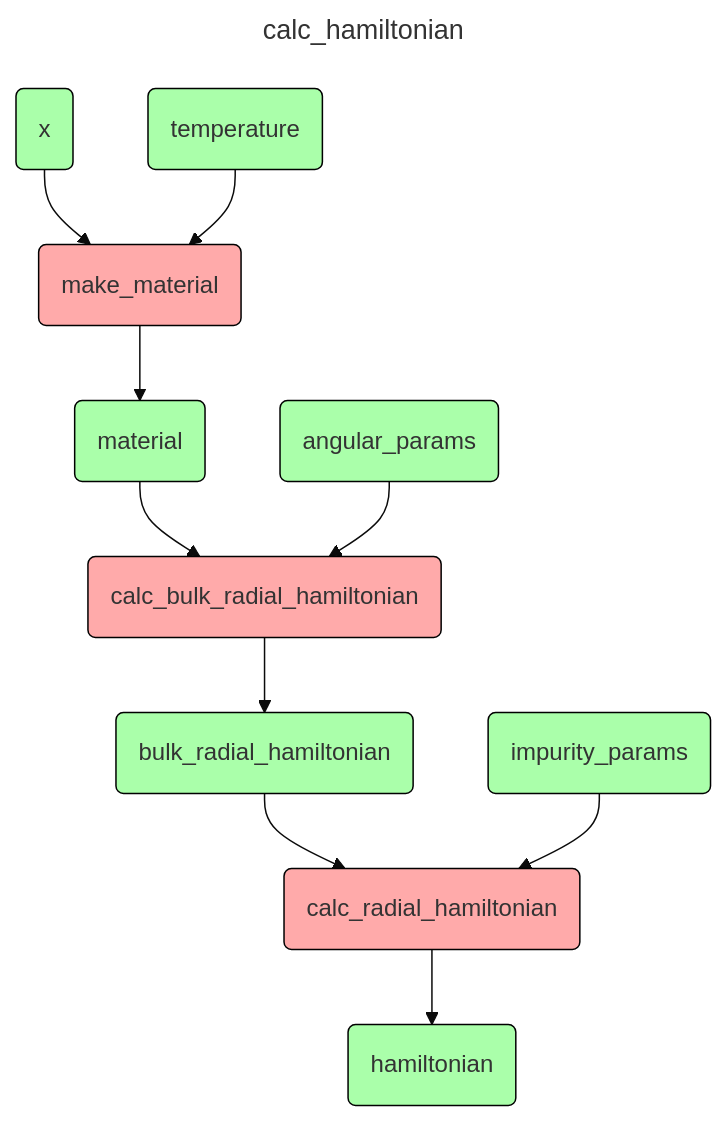
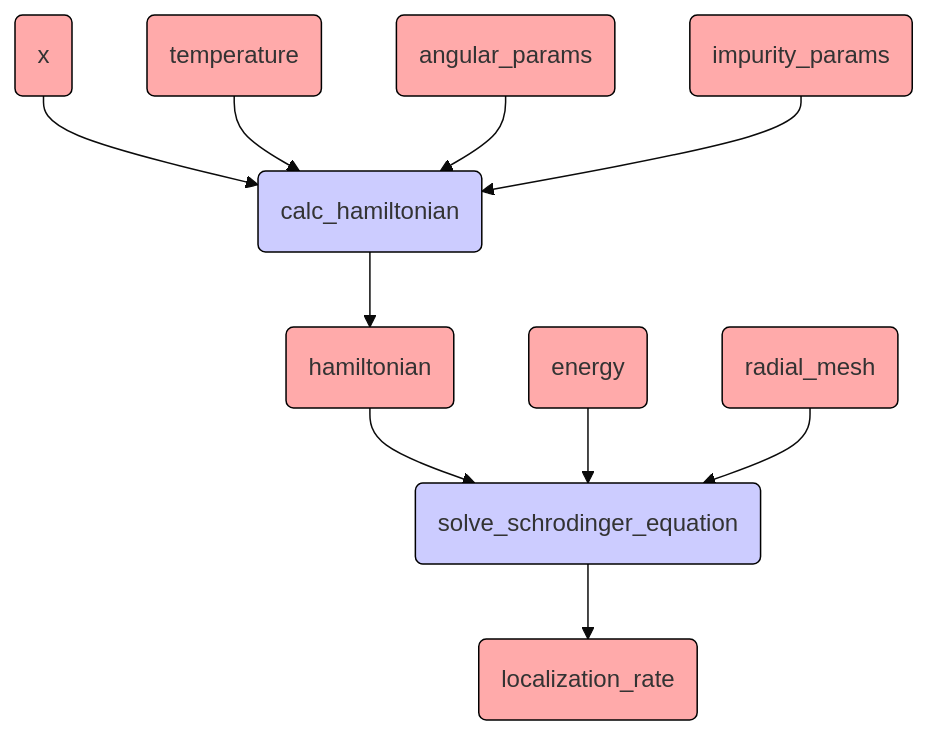
One commit to MaksimZh/hw changed the fourth of 8 diagrams in 04_design_vision/design_vision.md. Above: the diagram before and after it, drawn with Mermaid (base theme). The commit also changed other lines of this file, not shown here.

````diff
--- a/04_design_vision/design_vision.md
+++ b/04_design_vision/design_vision.md
@@ -105,20 +130,19 @@
 ```mermaid
----
-title: calc_hamiltonian
----
 graph TD
-    x(x) --> mm(make_material)
-    t(temperature) --> mm
-    mm --> mat(material) 
-    mat --> cbrh(calc_bulk_radial_hamiltonian)
-    ang(angular_params) --> cbrh
-    cbrh --> brh(bulk_radial_hamiltonian)
-    brh --> crh(calc_radial_hamiltonian)
-    imp(impurity_params) --> crh
-    crh --> h(hamiltonian)
+    x(x) --> ch(calc_hamiltonian)
+    t(temperature) --> ch
+    ang(angular_params) --> ch
+    imp(impurity_params) --> ch
+    ch --> h(hamiltonian)
+    h --> solve(solve_schrodinger_equation)
+    en(energy) --> solve
+    rad(radial_mesh) --> solve
+    solve --> lr(localization_rate)
 
-    classDef data fill:#afa, stroke:#000
-    classDef proc fill:#faa, stroke:#000
-    class x,t,mat,imp,ang,brh,h data
-    class mm,cbrh,crh proc
+    classDef value fill:#afa, stroke:#000
+    classDef new_value fill:#ffa, stroke:#000
+    classDef invalid_value fill:#faa, stroke:#000
+    classDef proc fill:#ccf, stroke:#000
+    class x,t,imp,ang,h,en,rad,lr invalid_value
+    class ch,solve proc
 ```
````
